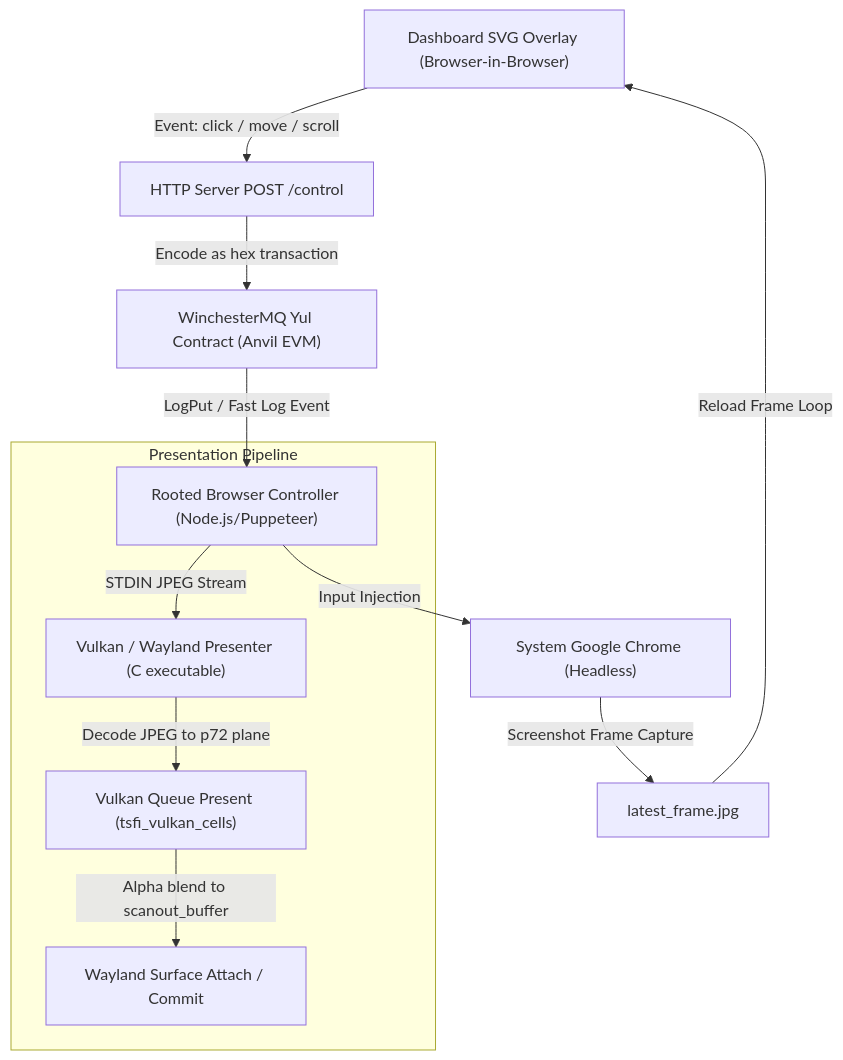
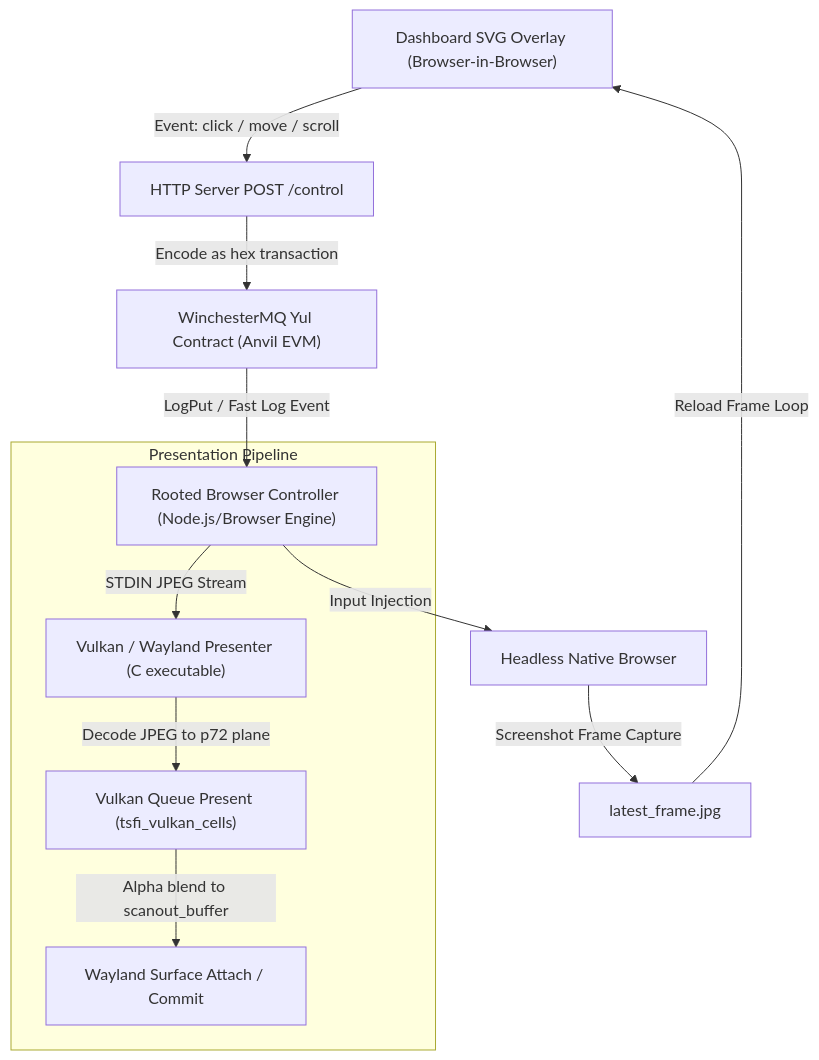
One commit to busytoby/atropa_pulsechain changed the first of 3 diagrams in lore/transcendent_control_framework.md. Above: the diagram before and after it, drawn with Mermaid. The commit also changed other lines of this file and 7 other files, not shown here.

````diff
--- a/lore/transcendent_control_framework.md
+++ b/lore/transcendent_control_framework.md
@@ -5,15 +5,15 @@
 ```mermaid
 graph TD
     UserInterface["Dashboard SVG Overlay (Browser-in-Browser)"] -->|Event: click / move / scroll| ControlEndpoint["HTTP Server POST /control"]
     ControlEndpoint -->|Encode as hex transaction| WinchesterMQ["WinchesterMQ Yul Contract (Anvil EVM)"]
-    WinchesterMQ -->|LogPut / Fast Log Event| BrowserController["Rooted Browser Controller (Node.js/Puppeteer)"]
-    BrowserController -->|Input Injection| ChromeBrowser["System Google Chrome (Headless)"]
+    WinchesterMQ -->|LogPut / Fast Log Event| BrowserController["Rooted Browser Controller (Node.js/Browser Engine)"]
+    BrowserController -->|Input Injection| ChromeBrowser["Headless Native Browser"]
     ChromeBrowser -->|Screenshot Frame Capture| ImageFrame["latest_frame.jpg"]
     ImageFrame -->|Reload Frame Loop| UserInterface
     
     subgraph Presentation Pipeline
         BrowserController -->|STDIN JPEG Stream| VulkanPresenter["Vulkan / Wayland Presenter (C executable)"]
         VulkanPresenter -->|Decode JPEG to p72 plane| VulkanCompositor["Vulkan Queue Present (tsfi_vulkan_cells)"]
         VulkanCompositor -->|Alpha blend to scanout_buffer| WaylandCompositor["Wayland Surface Attach / Commit"]
     end
 ```
````
